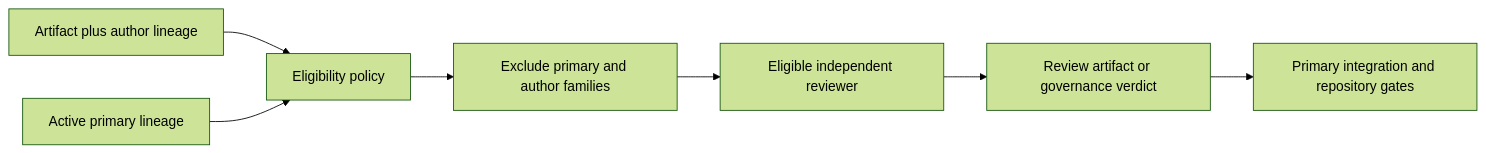
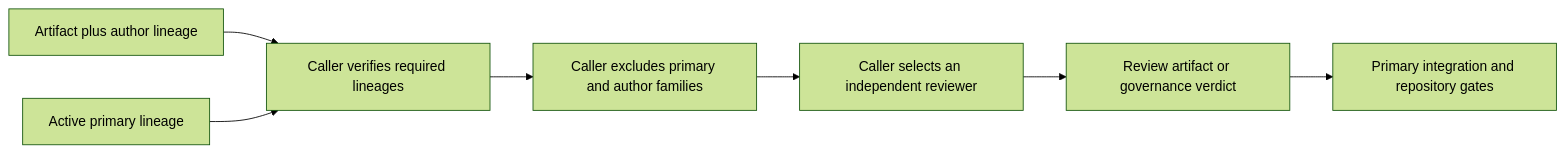
Before and after one commit to sumitake/agent-collab: the diagram in docs/architecture/governance-and-authority.md, drawn with Mermaid (forest theme). The commit also changed other lines of this file and 10 other files, not shown here.

````diff
--- a/docs/architecture/governance-and-authority.md
+++ b/docs/architecture/governance-and-authority.md
@@ -23,9 +42,9 @@
 ```mermaid
 flowchart LR
-    Artifact["Artifact plus author lineage"] --> Eligibility["Eligibility policy"]
+    Artifact["Artifact plus author lineage"] --> Eligibility["Caller verifies required lineages"]
     Primary["Active primary lineage"] --> Eligibility
-    Eligibility --> Exclude["Exclude primary and author families"]
-    Exclude --> Reviewer["Eligible independent reviewer"]
+    Eligibility --> Exclude["Caller excludes primary and author families"]
+    Exclude --> Reviewer["Caller selects an independent reviewer"]
     Reviewer --> Evidence["Review artifact or governance verdict"]
     Evidence --> PrimaryGate["Primary integration and repository gates"]
 ```
````
